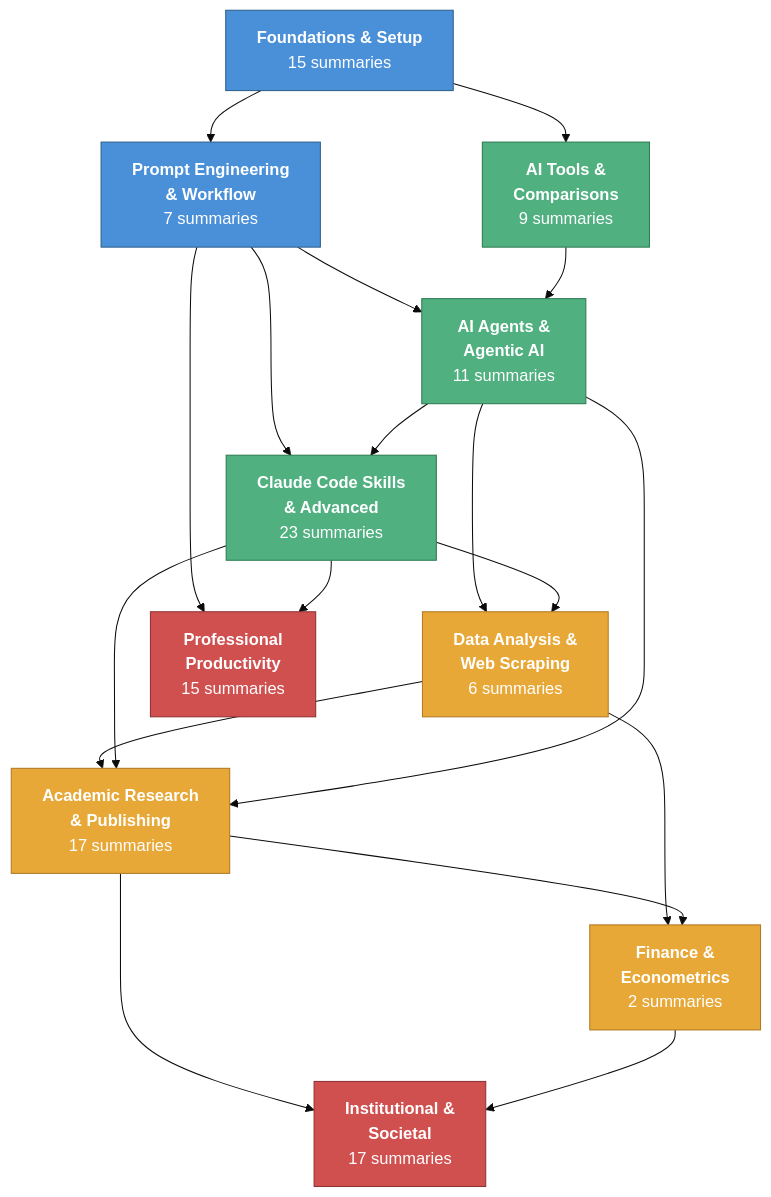
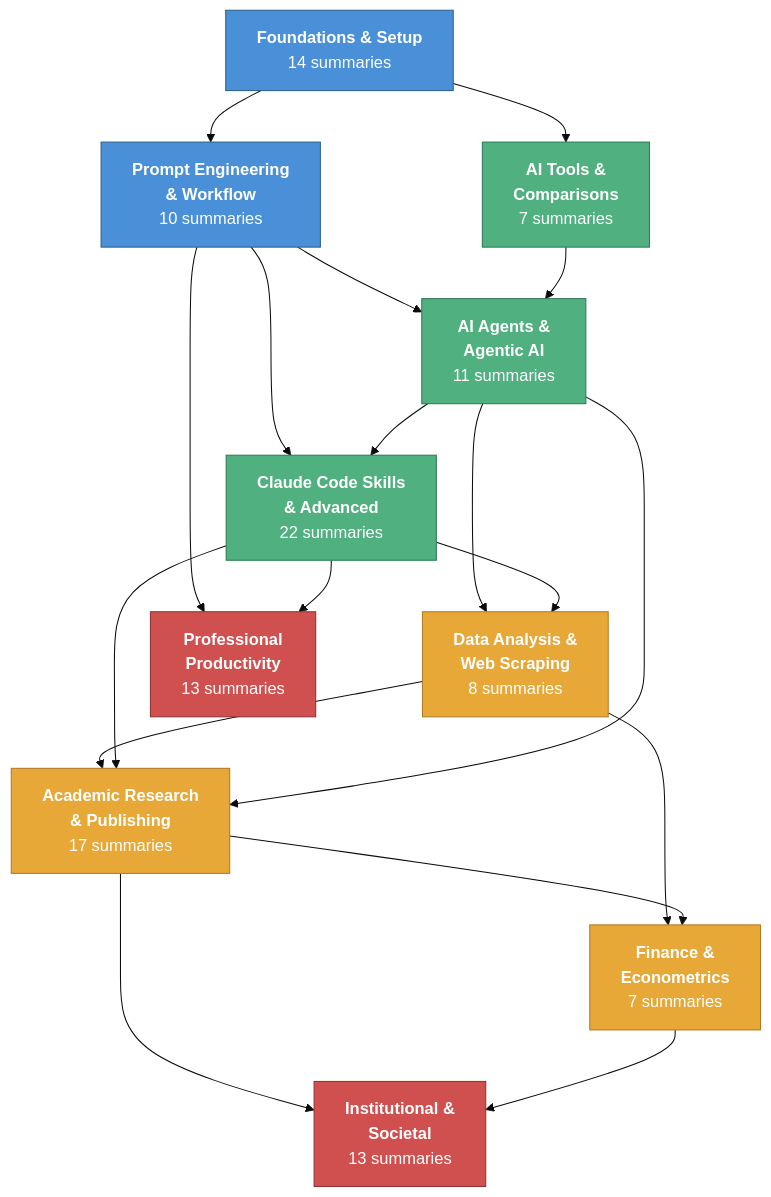
One commit to velikov-mihail/ai-econ-wiki changed the diagram in wiki/visualizations/category-map.md. Above: the diagram before and after it, drawn with Mermaid (base theme). The commit also changed other lines of this file and 4 other files, not shown here.

Commit message:
Maintain: rebuild indexes, update counts and timeline

````diff
--- a/wiki/visualizations/category-map.md
+++ b/wiki/visualizations/category-map.md
@@ -11,49 +11,49 @@
 ```mermaid
 graph TD
-    FS["<b>Foundations & Setup</b><br/>15 summaries"]
-    PE["<b>Prompt Engineering<br/>& Workflow</b><br/>7 summaries"]
+    FS["<b>Foundations & Setup</b><br/>14 summaries"]
+    PE["<b>Prompt Engineering<br/>& Workflow</b><br/>10 summaries"]
     AG["<b>AI Agents &<br/>Agentic AI</b><br/>11 summaries"]
-    CS["<b>Claude Code Skills<br/>& Advanced</b><br/>23 summaries"]
-    DA["<b>Data Analysis &<br/>Web Scraping</b><br/>6 summaries"]
+    CS["<b>Claude Code Skills<br/>& Advanced</b><br/>22 summaries"]
+    DA["<b>Data Analysis &<br/>Web Scraping</b><br/>8 summaries"]
     AR["<b>Academic Research<br/>& Publishing</b><br/>17 summaries"]
-    FE["<b>Finance &<br/>Econometrics</b><br/>2 summaries"]
-    AT["<b>AI Tools &<br/>Comparisons</b><br/>9 summaries"]
-    IS["<b>Institutional &<br/>Societal</b><br/>17 summaries"]
-    PP["<b>Professional<br/>Productivity</b><br/>15 summaries"]
+    FE["<b>Finance &<br/>Econometrics</b><br/>7 summaries"]
+    AT["<b>AI Tools &<br/>Comparisons</b><br/>7 summaries"]
+    IS["<b>Institutional &<br/>Societal</b><br/>13 summaries"]
+    PP["<b>Professional<br/>Productivity</b><br/>13 summaries"]
 
     %% Foundational layer
     FS --> PE
     FS --> AT
     PE --> AG
     PE --> CS
 
     %% Technical layer
     AG --> CS
     AG --> DA
     CS --> DA
     AT --> AG
 
     %% Applied layer
     DA --> AR
     DA --> FE
     AR --> FE
     CS --> AR
     AG --> AR
 
     %% Productivity & big picture
     PE --> PP
     CS --> PP
     AR --> IS
     FE --> IS
 
     %% Styling
     classDef foundation fill:#4a90d9,stroke:#2c5f8a,color:#fff
     classDef technical fill:#50b080,stroke:#2d7a50,color:#fff
     classDef applied fill:#e8a838,stroke:#b07820,color:#fff
     classDef bigpicture fill:#d05050,stroke:#903030,color:#fff
 
     class FS,PE foundation
     class AG,CS,AT technical
     class DA,AR,FE applied
     class IS,PP bigpicture
 ```
````
